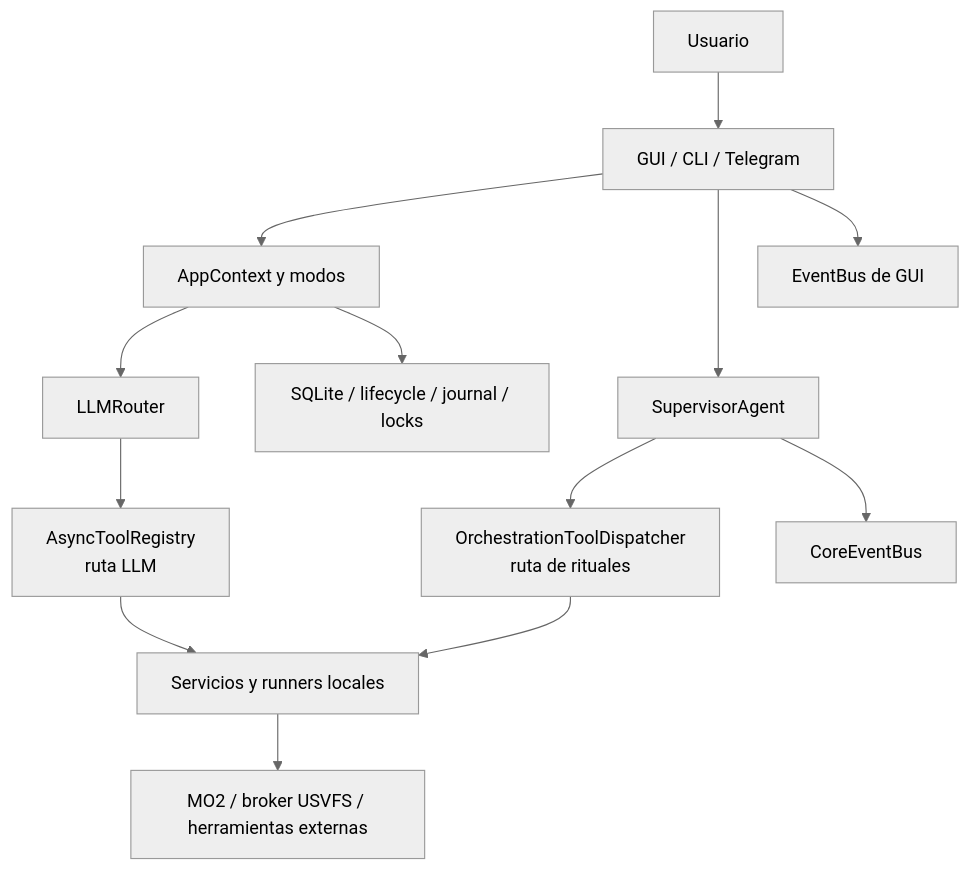
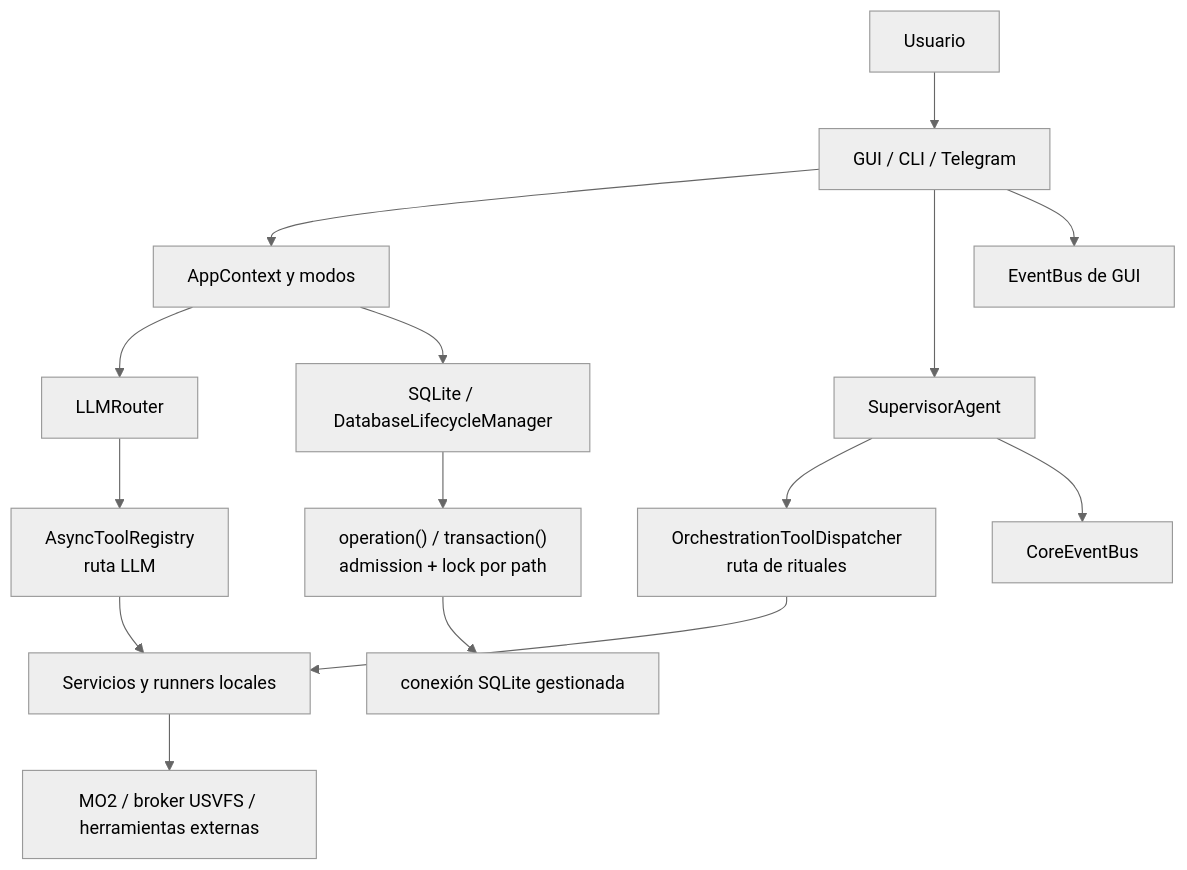
The diagram in ARCHITECTURE.md (FacundoSu1986/Sky-Claw), drawn with Mermaid (neutral theme) before and after one commit. The commit also changed other lines of this file, not shown here.

Commit message:
docs: reflejar lifecycle SQLite en arquitectura

````diff
--- a/ARCHITECTURE.md
+++ b/ARCHITECTURE.md
@@ -30,15 +31,17 @@
 ```mermaid
 flowchart TD
     U["Usuario"] --> UI["GUI / CLI / Telegram"]
     UI --> AC["AppContext y modos"]
     AC --> LR["LLMRouter"]
     LR --> ATR["AsyncToolRegistry<br/>ruta LLM"]
     UI --> SA["SupervisorAgent"]
     SA --> OTD["OrchestrationToolDispatcher<br/>ruta de rituales"]
     ATR --> LT["Servicios y runners locales"]
     OTD --> LT
     LT --> MO2["MO2 / broker USVFS / herramientas externas"]
-    AC --> DB["SQLite / lifecycle / journal / locks"]
+    AC --> DB["SQLite / DatabaseLifecycleManager"]
+    DB --> OP["operation() / transaction()<br/>admission + lock por path"]
+    OP --> DBC["conexión SQLite gestionada"]
     SA --> CEB["CoreEventBus"]
     UI --> GEB["EventBus de GUI"]
 ```
````
